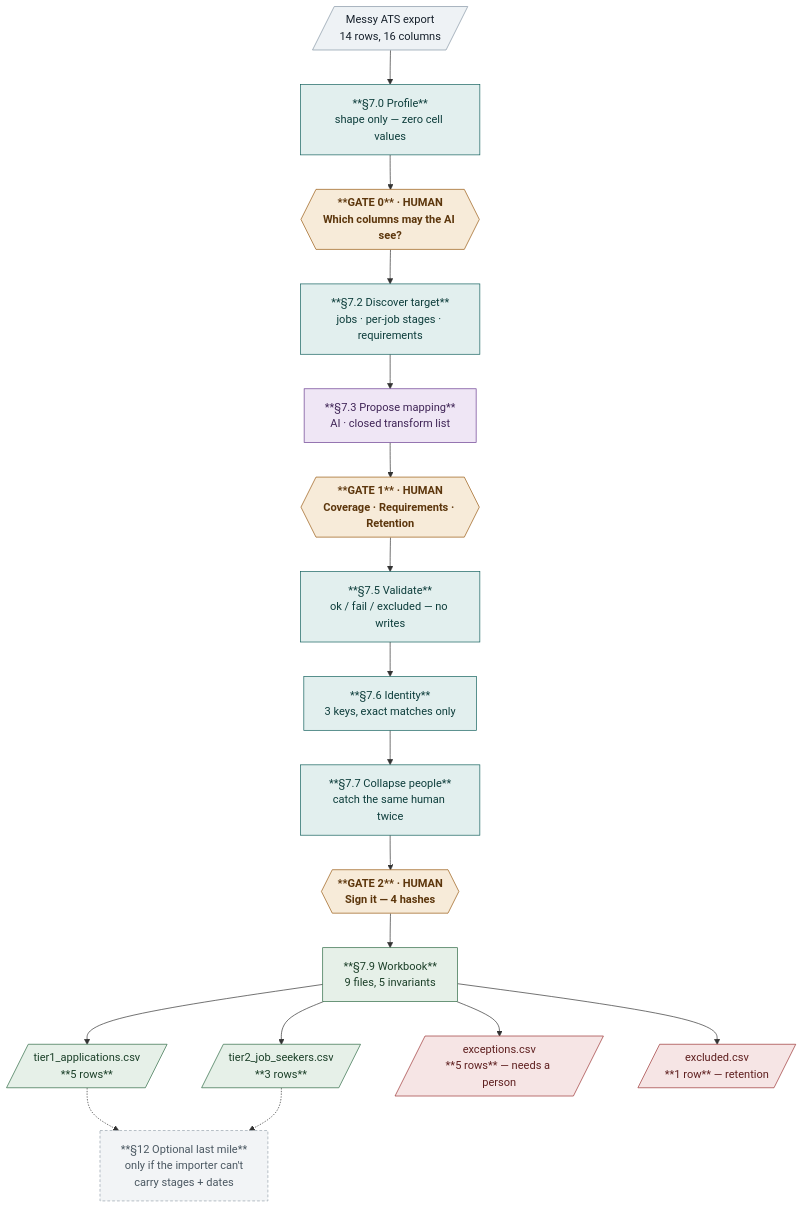
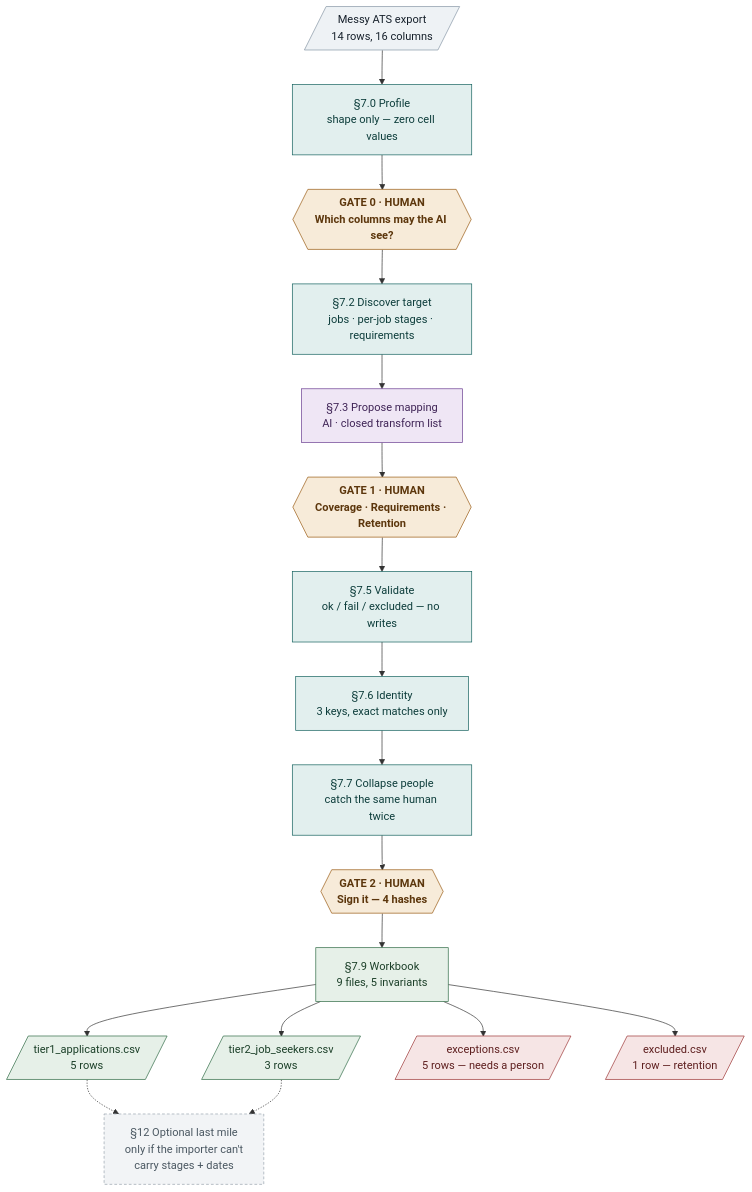
Before and after one commit to Fazal-Elahi/PinPointHQ: the first of 4 diagrams in README.md, drawn with Mermaid. The commit also changed other lines of this file and 3 other files, not shown here.

````diff
--- a/README.md
+++ b/README.md
@@ -81,34 +87,34 @@
 ```mermaid
 flowchart TD
     CSV[/"Messy ATS export<br/>14 rows, 16 columns"/]:::src
 
-    S0["**§7.0 Profile**<br/>shape only — zero cell values"]:::script
-    G0{{"**GATE 0** · HUMAN<br/>Which columns may the AI see?"}}:::gate
-    S2["**§7.2 Discover target**<br/>jobs · per-job stages · requirements"]:::script
-    S3["**§7.3 Propose mapping**<br/>AI · closed transform list"]:::llm
-    G1{{"**GATE 1** · HUMAN<br/>Coverage · Requirements · Retention"}}:::gate
-    S5["**§7.5 Validate**<br/>ok / fail / excluded — no writes"]:::script
-    S6["**§7.6 Identity**<br/>3 keys, exact matches only"]:::script
-    S7["**§7.7 Collapse people**<br/>catch the same human twice"]:::script
-    G2{{"**GATE 2** · HUMAN<br/>Sign it — 4 hashes"}}:::gate
-    WB["**§7.9 Workbook**<br/>9 files, 5 invariants"]:::out
+    S0["§7.0 Profile<br/>shape only — zero cell values"]:::script
+    G0{{"GATE 0 · HUMAN<br/>Which columns may the AI see?"}}:::gate
+    S2["§7.2 Discover target<br/>jobs · per-job stages · requirements"]:::script
+    S3["§7.3 Propose mapping<br/>AI · closed transform list"]:::llm
+    G1{{"GATE 1 · HUMAN<br/>Coverage · Requirements · Retention"}}:::gate
+    S5["§7.5 Validate<br/>ok / fail / excluded — no writes"]:::script
+    S6["§7.6 Identity<br/>3 keys, exact matches only"]:::script
+    S7["§7.7 Collapse people<br/>catch the same human twice"]:::script
+    G2{{"GATE 2 · HUMAN<br/>Sign it — 4 hashes"}}:::gate
+    WB["§7.9 Workbook<br/>9 files, 5 invariants"]:::out
 
-    T1[/"tier1_applications.csv<br/>**5 rows**"/]:::out
-    T2[/"tier2_job_seekers.csv<br/>**3 rows**"/]:::out
-    EX[/"exceptions.csv<br/>**5 rows** — needs a person"/]:::warn
-    XC[/"excluded.csv<br/>**1 row** — retention"/]:::warn
+    T1[/"tier1_applications.csv<br/>5 rows"/]:::out
+    T2[/"tier2_job_seekers.csv<br/>3 rows"/]:::out
+    EX[/"exceptions.csv<br/>5 rows — needs a person"/]:::warn
+    XC[/"excluded.csv<br/>1 row — retention"/]:::warn
 
-    OPT["**§12 Optional last mile**<br/>only if the importer can't<br/>carry stages + dates"]:::opt
+    OPT["§12 Optional last mile<br/>only if the importer can't<br/>carry stages + dates"]:::opt
 
     CSV --> S0 --> G0 --> S2 --> S3 --> G1 --> S5 --> S6 --> S7 --> G2 --> WB
     WB --> T1 & T2 & EX & XC
     T1 & T2 -.-> OPT
 
     classDef src fill:#eef2f5,stroke:#8697a5,color:#16202b
     classDef script fill:#e2efee,stroke:#14615e,color:#0d3d3b
     classDef llm fill:#efe6f5,stroke:#6b3f92,color:#3f2456
     classDef gate fill:#f7ebd9,stroke:#9a5b14,color:#5c360c,font-weight:bold
     classDef out fill:#e6f0e8,stroke:#2f6b45,color:#1b3f28
     classDef warn fill:#f6e5e5,stroke:#9c3535,color:#5e1f1f
     classDef opt fill:#f2f4f6,stroke:#98a4ae,color:#4a5761,stroke-dasharray:4 3
 ```
````
